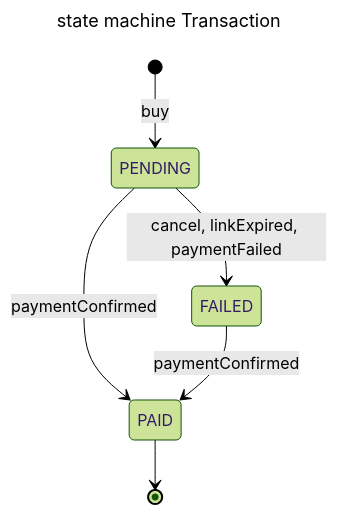
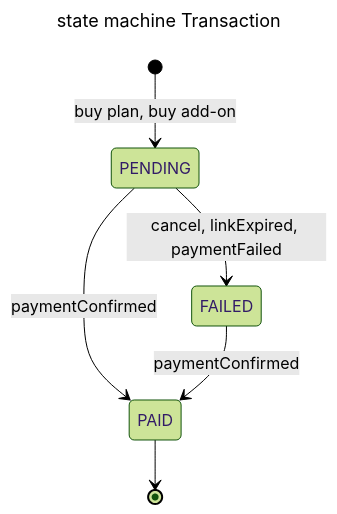
Before and after one commit to NamHungBBB1/do-an-BE: the first of 6 diagrams in docs/diagrams/state-machines.md, drawn with Mermaid (forest theme). The commit also changed other lines of this file and 3 other files, not shown here.

First line of the commit message:
docs(slot): dong bo schema.sql, erd.md, state-machines.md voi ban v3

````diff
--- a/docs/diagrams/state-machines.md
+++ b/docs/diagrams/state-machines.md
@@ -12,11 +14,11 @@
 ```mermaid
 ---
 title: state machine Transaction
 ---
 stateDiagram-v2
-    [*] --> PENDING : buy
+    [*] --> PENDING : buy plan, buy add-on
     PENDING --> PAID : paymentConfirmed
     PENDING --> FAILED : cancel, linkExpired, paymentFailed
     FAILED --> PAID : paymentConfirmed
     PAID --> [*]
 ```
````
